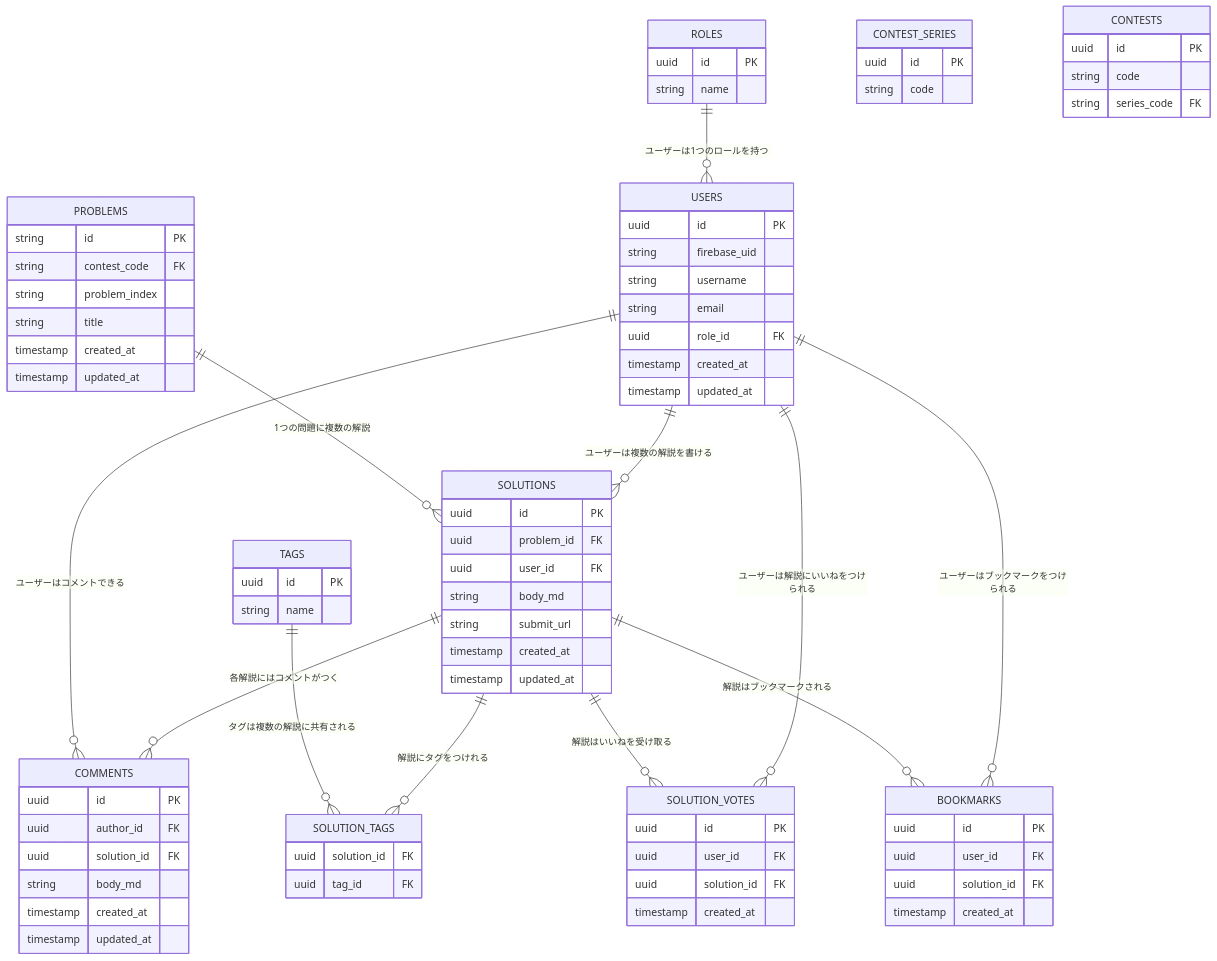
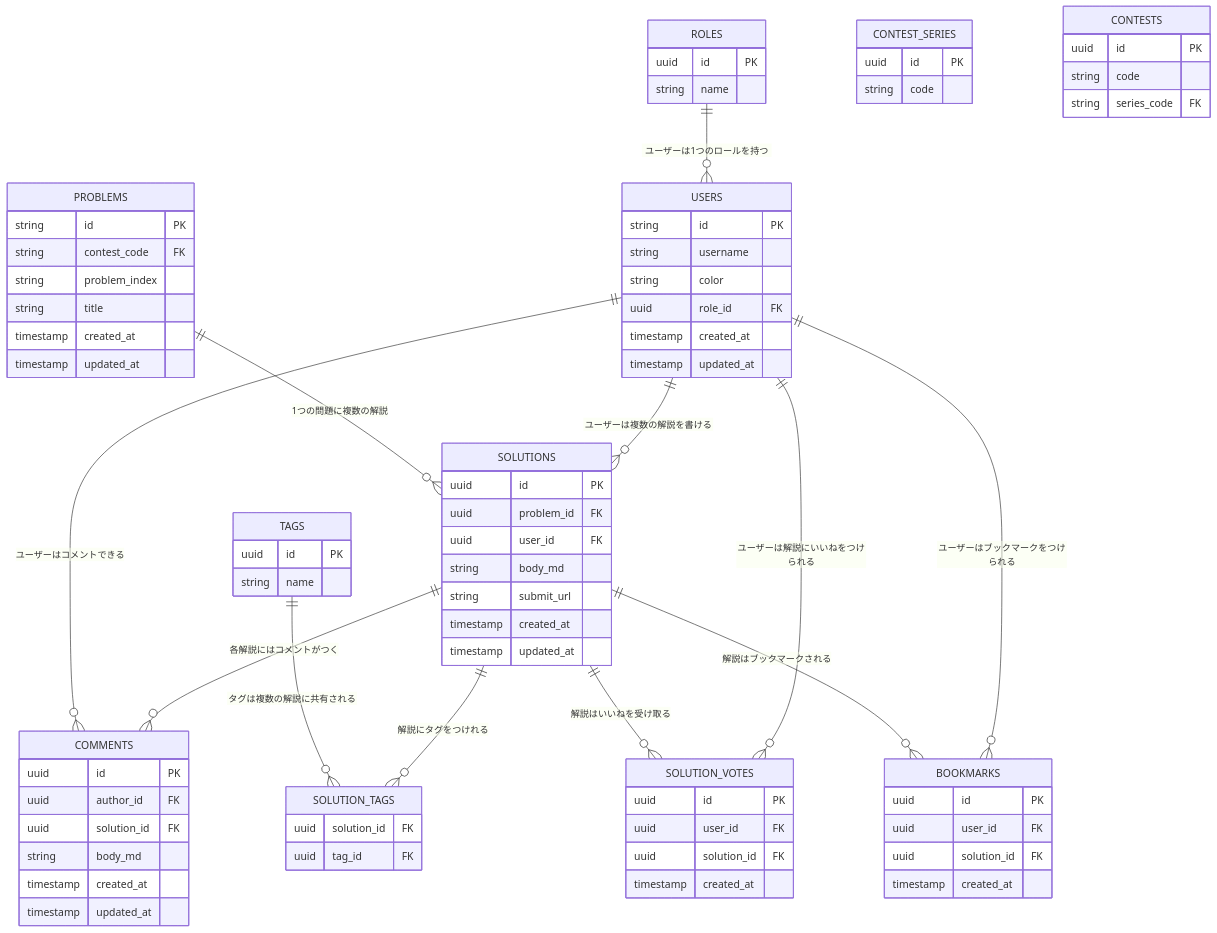
One commit to k-ohnuma/atcoder-solutions changed the diagram in docs/er.md. Above: the diagram before and after it, drawn with Mermaid. The commit also changed 4 other files, not shown here.

```diff
--- a/docs/er.md
+++ b/docs/er.md
@@ -18,10 +18,9 @@
   TAGS ||--o{ SOLUTION_TAGS : "タグは複数の解説に共有される"
 
   USERS {
-    uuid id PK
-    string firebase_uid
+    string id PK
     string username
-    string email
+    string color
     uuid role_id FK
     timestamp created_at
     timestamp updated_at
```
